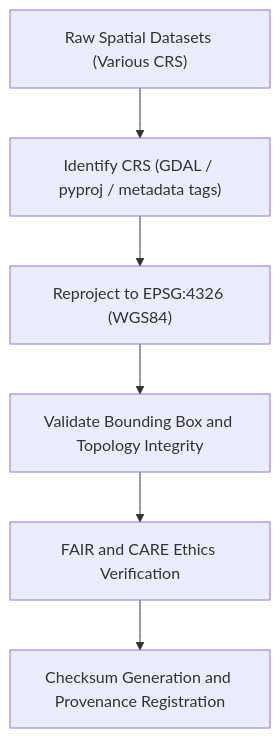
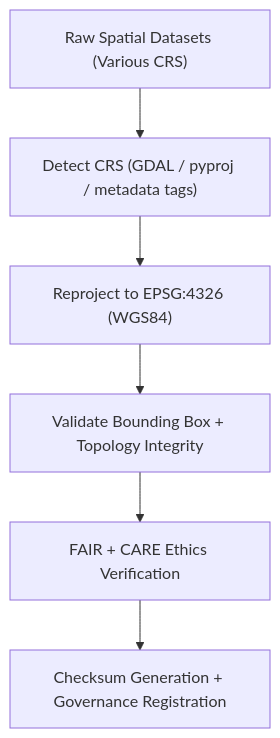
The diagram in data/work/staging/spatial/tmp/reprojection/README.md (bartytime4life/Kansas-Frontier-Matrix), drawn with Mermaid before and after one commit. The commit also changed other lines of this file, not shown here.

````diff
--- a/data/work/staging/spatial/tmp/reprojection/README.md
+++ b/data/work/staging/spatial/tmp/reprojection/README.md
@@ -62,8 +66,8 @@
 ```mermaid
 flowchart TD
-    A["Raw Spatial Datasets (Various CRS)"] --> B["Identify CRS (GDAL / pyproj / metadata tags)"]
+    A["Raw Spatial Datasets (Various CRS)"] --> B["Detect CRS (GDAL / pyproj / metadata tags)"]
     B --> C["Reproject to EPSG:4326 (WGS84)"]
-    C --> D["Validate Bounding Box and Topology Integrity"]
-    D --> E["FAIR and CARE Ethics Verification"]
-    E --> F["Checksum Generation and Provenance Registration"]
+    C --> D["Validate Bounding Box + Topology Integrity"]
+    D --> E["FAIR + CARE Ethics Verification"]
+    E --> F["Checksum Generation + Governance Registration"]
 ```
````
